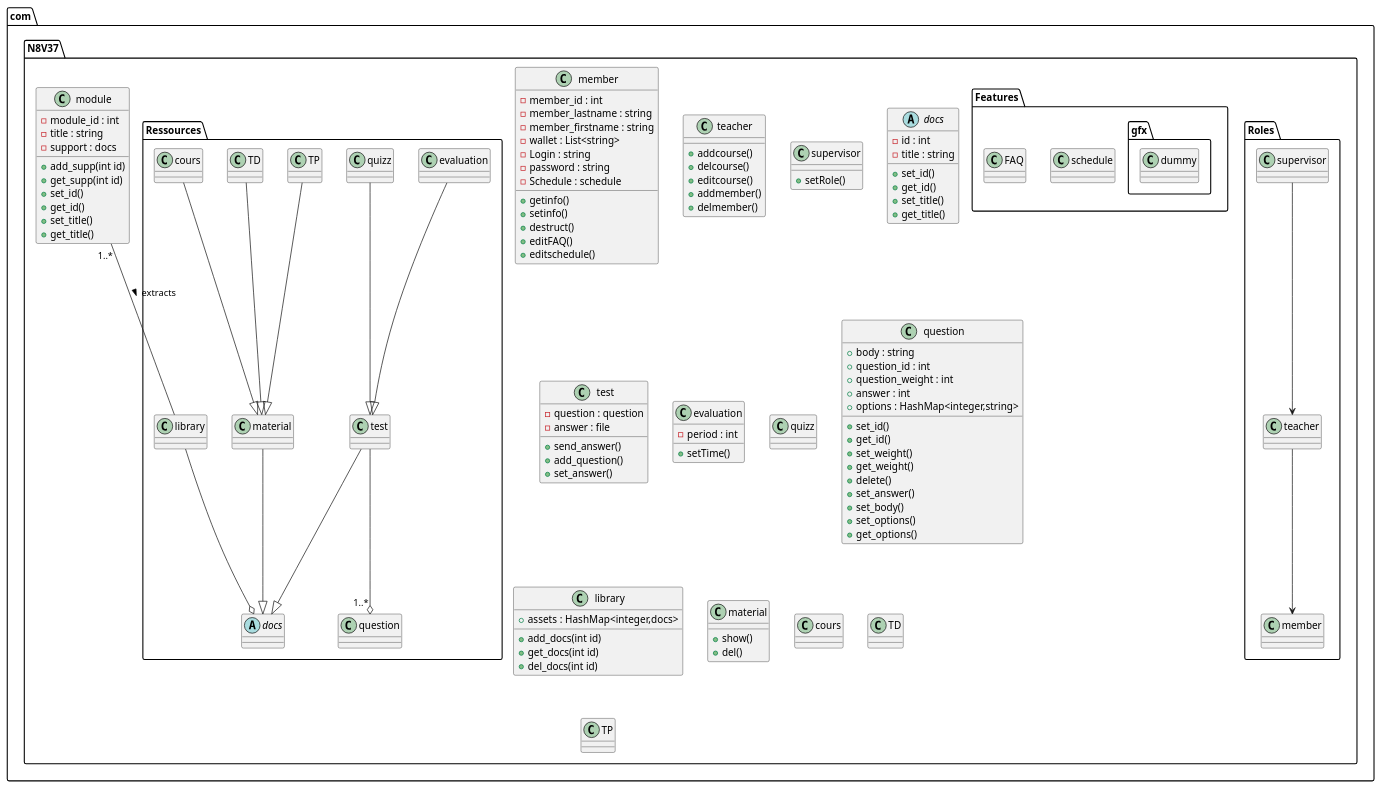
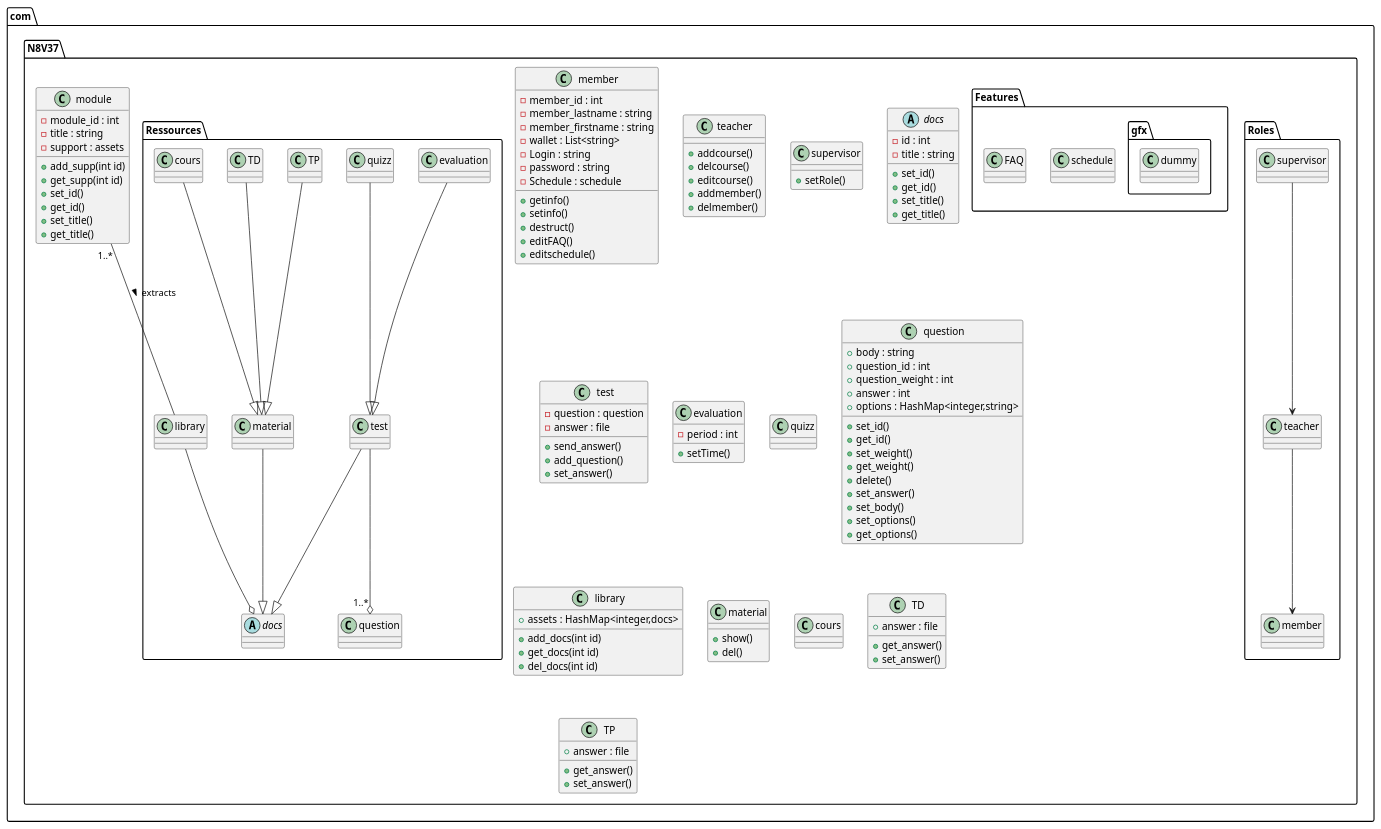
Before and after one commit to kingussopp/N8V37: the diagram in classes/classe.puml, drawn with PlantUML.

Commit message:
docs: :memo: final update for role/resources

```diff
--- a/classes/classe.puml
+++ b/classes/classe.puml
@@ -1,133 +1,137 @@
 @startuml class_diagram
 package com.N8V37{
     /' definition of the relationship
      between classes'/
     package com.N8V37.Ressources{
 
         class library
         abstract docs
         TD --|> material        
         cours --|> material
         TP --|> material
         evaluation --|> test
         quizz --|> test
         test --o "1..*" question 
         test --|> docs 
         material --|> docs
         library --o docs     
     }
     package com.N8V37.Roles{
         supervisor --> teacher
         teacher --> member   
     }
     package com.N8V37.Features{
         class schedule
         class FAQ
         namespace gfx{
             class dummy
             }         
     }
     /'member --# schedule
     member --# FAQ
     Main -- com.N8V37.Roles
     Main -- module
     Main -- com.N8V37.Features'/
     ' definition of the independent classes    
     class module{
         - module_id : int
         - title : string
-        - support : docs
+        - support : assets
         + add_supp(int id)
         + get_supp(int id)
         + set_id()
         + get_id()
         + set_title()
         + get_title()
     }
     module "1..*" -- library : extracts >
     ' definition of "role" classes (done)
     class member{
         - member_id : int
         - member_lastname : string
         - member_firstname : string
         - wallet : List<string>
         - Login : string
         - password : string 
         - Schedule : schedule      
         + getinfo()
         + setinfo()
         + destruct()
         + editFAQ()
         + editschedule()
     }
     class teacher {
         + addcourse()
         + delcourse()
         + editcourse()
         + addmember()
         + delmember()       
     }
     class supervisor{
         + setRole()
     }
     ' definition of "ressources" classes
     abstract docs{
         - id : int
         - title : string
         + set_id()
         + get_id()
         + set_title()
         +get_title()
     }
     class test{
         - question : question
         - answer : file
         + send_answer()
         + add_question()
         + set_answer()
     }
     class evaluation{
         - period : int
         + setTime()
     }
     class quizz{
 
     }
     class question{
         + body : string
         + question_id : int
         + question_weight : int
         + answer : int
         + options : HashMap<integer,string> 
         + set_id()
         + get_id()
         + set_weight()
         + get_weight()
         + delete()
         + set_answer()
         + set_body()
         + set_options()
         + get_options() 
     }
     class library{
         + assets : HashMap<integer,docs>
         + add_docs(int id)
         + get_docs(int id)
         + del_docs(int id)
     }
     class material{
         + show()
         + del()
     }
     class cours{
 
     }
     class TD{
-
+        + answer : file
+        + get_answer()
+        + set_answer()
     }
     class TP{
-
+        + answer : file
+        + get_answer()
+        + set_answer()
     }
     ' definition of "features" classes
 }
 @enduml
```
